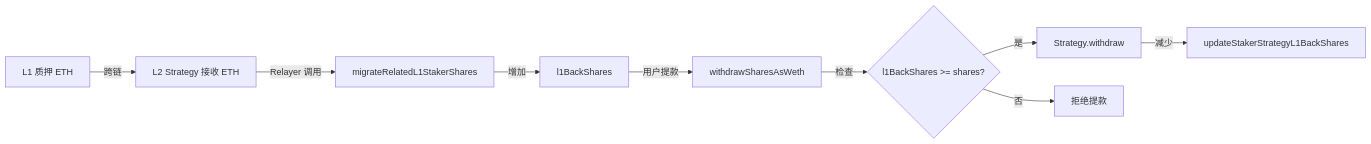
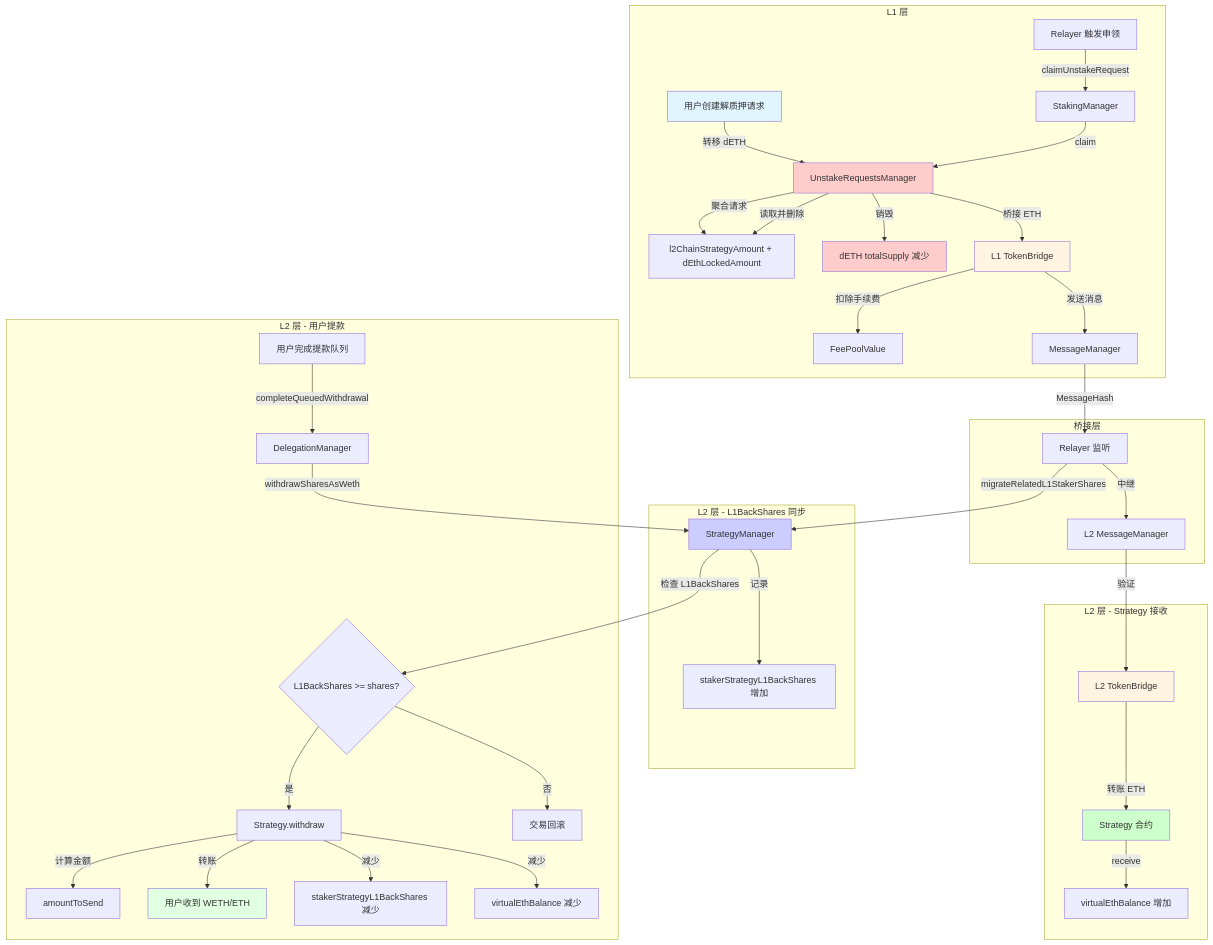
Before and after one commit to Sandwichzzy/Crosschain-Staking-Contract: the third of 3 diagrams in docs/flows/3-unstaking-flow.md, drawn with Mermaid. The commit also changed other lines of this file and 4 other files, not shown here.

````diff
--- a/docs/flows/3-unstaking-flow.md
+++ b/docs/flows/3-unstaking-flow.md
@@ -1337,11 +1673,55 @@
 ```mermaid
-graph LR
-    A[L1 质押 ETH] -->|跨链| B[L2 Strategy 接收 ETH]
-    B -->|Relayer 调用| C[migrateRelatedL1StakerShares]
-    C -->|增加| D[l1BackShares]
-    D -->|用户提款| E[withdrawSharesAsWeth]
-    E -->|检查| F{l1BackShares >= shares?}
-    F -->|是| G[Strategy.withdraw]
-    G -->|减少| H[updateStakerStrategyL1BackShares]
-    F -->|否| I[拒绝提款]
+graph TB
+    subgraph "L1 层"
+        A[用户创建解质押请求] -->|转移 dETH| B[UnstakeRequestsManager]
+        B -->|聚合请求| C[l2ChainStrategyAmount + dEthLockedAmount]
+
+        D[Relayer 触发申领] -->|claimUnstakeRequest| E[StakingManager]
+        E -->|claim| B
+
+        B -->|读取并删除| C
+        B -->|销毁| F[dETH totalSupply 减少]
+        B -->|桥接 ETH| G[L1 TokenBridge]
+
+        G -->|扣除手续费| H[FeePoolValue]
+        G -->|发送消息| I[MessageManager]
+    end
+
+    subgraph "桥接层"
+        I -->|MessageHash| J[Relayer 监听]
+        J -->|中继| K[L2 MessageManager]
+    end
+
+    subgraph "L2 层 - Strategy 接收"
+        K -->|验证| L[L2 TokenBridge]
+        L -->|转账 ETH| M[Strategy 合约]
+        M -->|receive| N[virtualEthBalance 增加]
+    end
+
+    subgraph "L2 层 - L1BackShares 同步"
+        J -->|migrateRelatedL1StakerShares| O[StrategyManager]
+        O -->|记录| P[stakerStrategyL1BackShares 增加]
+    end
+
+    subgraph "L2 层 - 用户提款"
+        Q[用户完成提款队列] -->|completeQueuedWithdrawal| R[DelegationManager]
+        R -->|withdrawSharesAsWeth| O
+        O -->|检查 L1BackShares| S{L1BackShares >= shares?}
+        S -->|是| T[Strategy.withdraw]
+        S -->|否| U[交易回滚]
+
+        T -->|计算金额| V[amountToSend]
+        T -->|转账| W[用户收到 WETH/ETH]
+        T -->|减少| X[stakerStrategyL1BackShares 减少]
+        T -->|减少| Y[virtualEthBalance 减少]
+    end
+
+    style A fill:#e1f5ff
+    style B fill:#ffcccc
+    style F fill:#ffcccc
+    style G fill:#fff4e1
+    style L fill:#fff4e1
+    style M fill:#ccffcc
+    style O fill:#ccccff
+    style W fill:#e1ffe1
 ```
````
